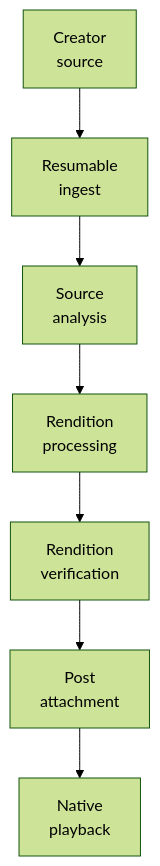
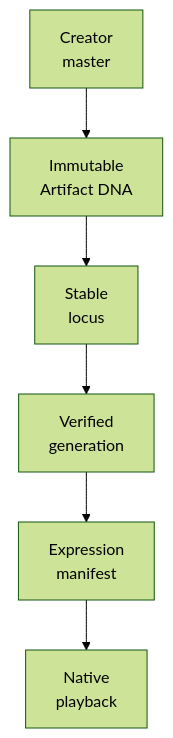
One commit to wilderruiz/millenova-project changed the fourth of 6 diagrams in docs/PLATFORM_ARCHITECTURE.md. Above: the diagram before and after it, drawn with Mermaid (forest theme). The commit also changed other lines of this file, not shown here.

Commit message:
docs: correct platform architecture for Home, Stage families, and audio genome

````diff
--- a/docs/PLATFORM_ARCHITECTURE.md
+++ b/docs/PLATFORM_ARCHITECTURE.md
@@ -186,9 +141,8 @@
 ```mermaid
 flowchart TD
-    PICK["Creator<br/>source"] --> INGEST["Resumable<br/>ingest"]
-    INGEST --> ANALYZE["Source<br/>analysis"]
-    ANALYZE --> PROCESS["Rendition<br/>processing"]
-    PROCESS --> VERIFY["Rendition<br/>verification"]
-    VERIFY --> ATTACH["Post<br/>attachment"]
-    ATTACH --> PLAY["Native<br/>playback"]
+    MASTER["Creator<br/>master"] --> DNA["Immutable<br/>Artifact DNA"]
+    DNA --> LOCUS["Stable<br/>locus"]
+    LOCUS --> GEN["Verified<br/>generation"]
+    GEN --> RNA["Expression<br/>manifest"]
+    RNA --> PLAY["Native<br/>playback"]
 ```
````
